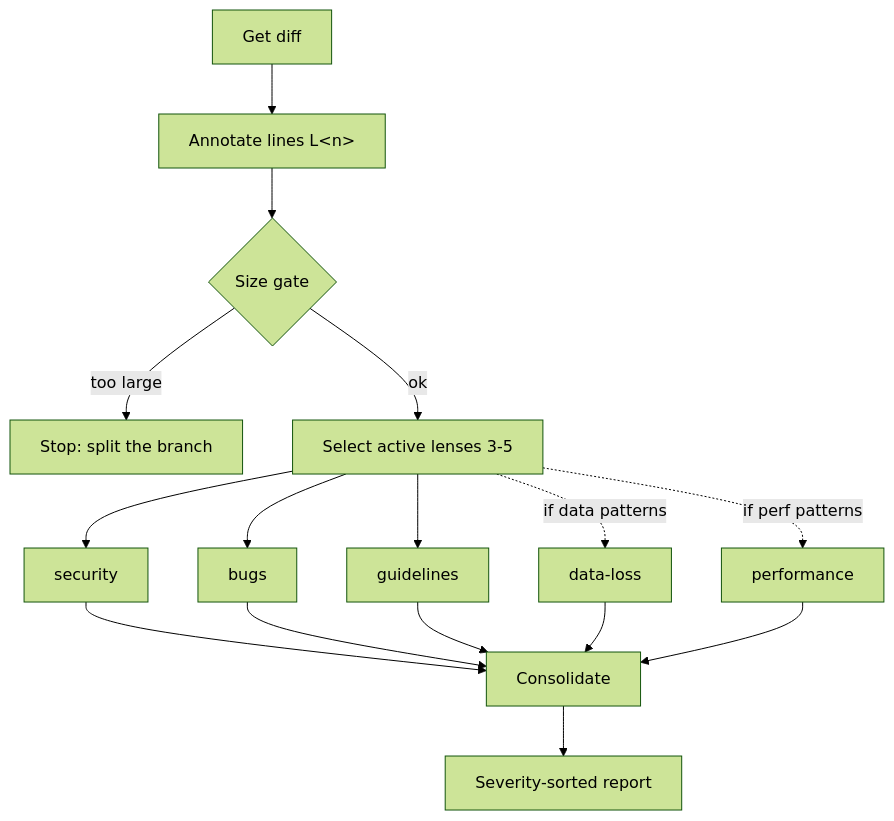
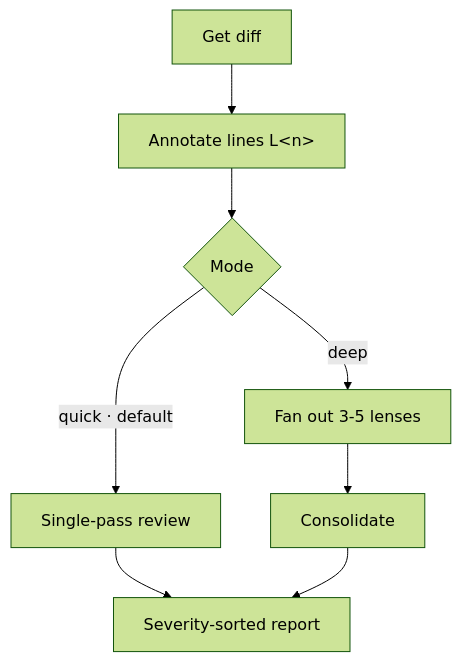
Before and after one commit to adeonir/agent-skills: the diagram in skills/engineering/review-lens/README.md, drawn with Mermaid (forest theme). The commit also changed other lines of this file and 5 other files, not shown here.

First line of the commit message:
feat: add quick single-pass review mode to review-lens

````diff
--- a/skills/engineering/review-lens/README.md
+++ b/skills/engineering/review-lens/README.md
@@ -11,18 +10,10 @@
 ```mermaid
 flowchart TD
-    A[Get diff] --> B[Annotate lines L&lt;n&gt;]
-    B --> C{Size gate}
-    C -->|too large| X[Stop: split the branch]
-    C -->|ok| D[Select active lenses 3-5]
-    D --> S[security]
-    D --> G[bugs]
-    D --> U[guidelines]
-    D -.->|if data patterns| L[data-loss]
-    D -.->|if perf patterns| P[performance]
-    S --> M[Consolidate]
-    G --> M
-    U --> M
-    L --> M
-    P --> M
-    M --> R[Severity-sorted report]
+    A[Get diff] --> N[Annotate lines L&lt;n&gt;]
+    N --> G{Mode}
+    G -->|quick · default| Q[Single-pass review]
+    G -->|deep| F[Fan out 3-5 lenses]
+    F --> M[Consolidate]
+    Q --> R[Severity-sorted report]
+    M --> R
 ```
````
